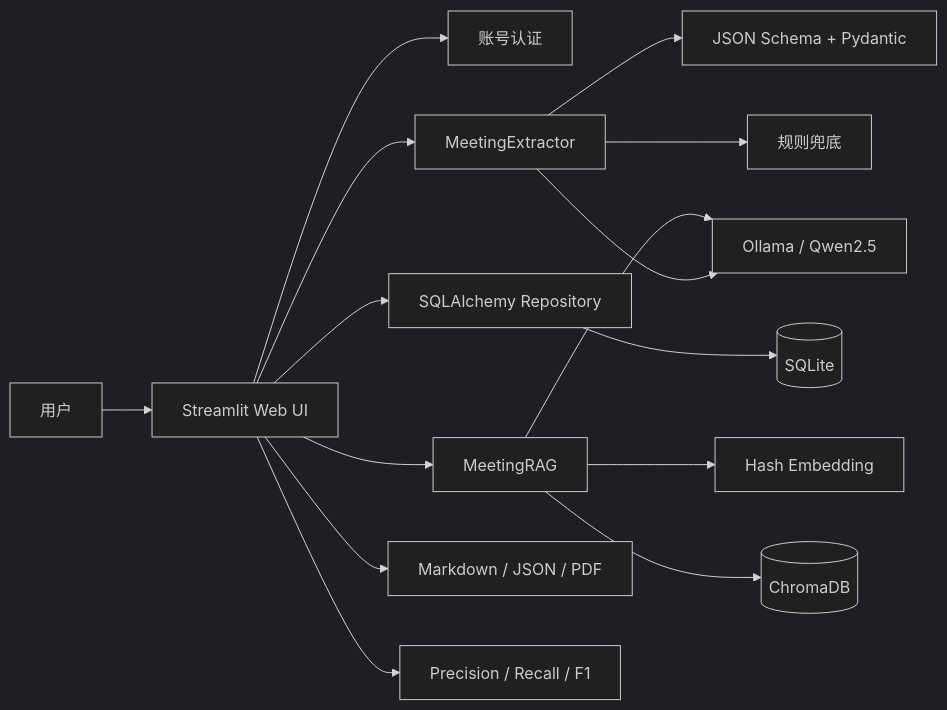
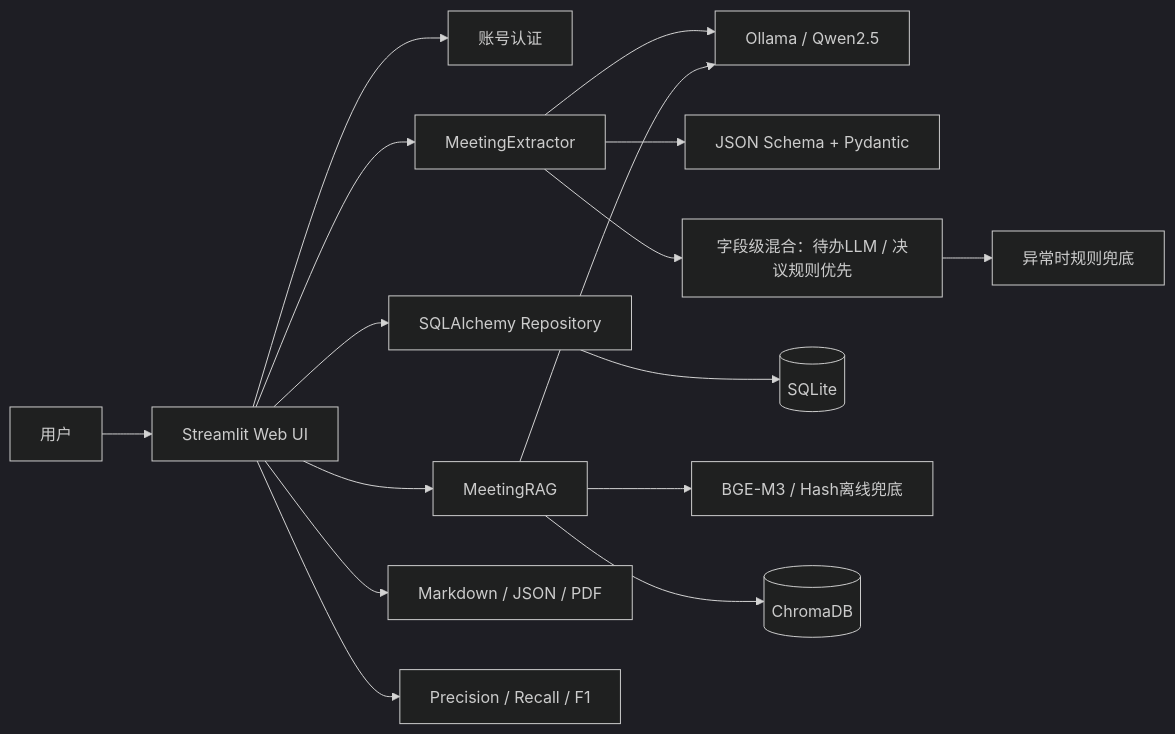
The diagram in README.md (wifihhhhh/meeting-copilot), drawn with Mermaid (dark theme) before and after one commit. The commit also changed other lines of this file and 151 other files, not shown here.

````diff
--- a/README.md
+++ b/README.md
@@ -22,17 +22,18 @@
 ```mermaid
 flowchart LR
     U[用户] --> UI[Streamlit Web UI]
     UI --> AUTH[账号认证]
     UI --> EX[MeetingExtractor]
     EX --> OLLAMA[Ollama / Qwen2.5]
     EX --> SCHEMA[JSON Schema + Pydantic]
-    EX --> FALLBACK[规则兜底]
+    EX --> HYBRID[字段级混合：待办LLM / 决议规则优先]
+    HYBRID --> FALLBACK[异常时规则兜底]
     UI --> REPO[SQLAlchemy Repository]
     REPO --> SQLITE[(SQLite)]
     UI --> RAG[MeetingRAG]
-    RAG --> EMB[Hash Embedding]
+    RAG --> EMB[BGE-M3 / Hash离线兜底]
     RAG --> CHROMA[(ChromaDB)]
     RAG --> OLLAMA
     UI --> EXPORT[Markdown / JSON / PDF]
     UI --> EVAL[Precision / Recall / F1]
 ```
````
